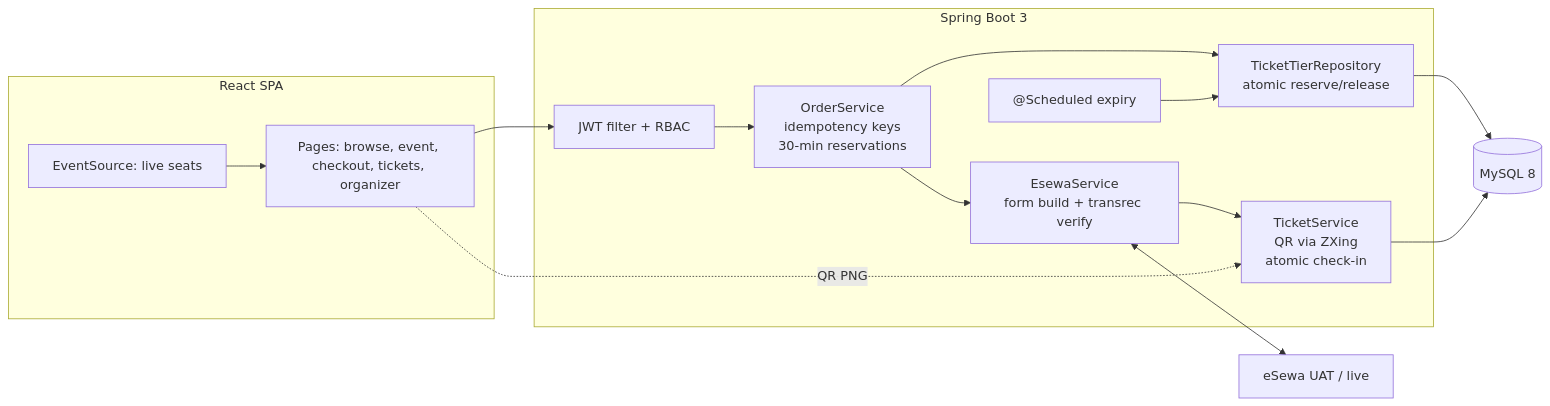
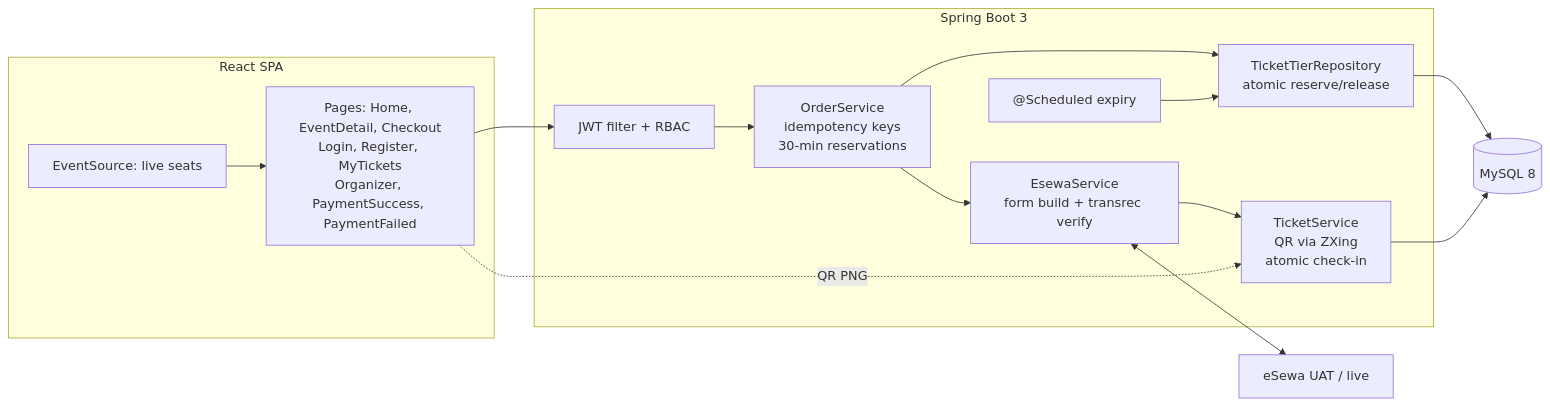
One commit to saurav73/TicketSewa changed the diagram in README.md. Above: the diagram before and after it, drawn with Mermaid.

Commit message:
README: architecture diagram lists all 9 frontend pages
The mermaid diagram named only 5 pages (browse, event, checkout,
tickets, organizer) while frontend/src/pages/ holds 9: Home,
EventDetail, Checkout, Login, Register, MyTickets, Organizer,
PaymentSuccess, PaymentFailed. List them all, matching the code map
below it.

````diff
--- a/README.md
+++ b/README.md
@@ -26,25 +26,25 @@
 ```mermaid
 flowchart LR
     subgraph Client [React SPA]
-        UI[Pages: browse, event, checkout, tickets, organizer]
+        UI[Pages: Home, EventDetail, Checkout<br/>Login, Register, MyTickets<br/>Organizer, PaymentSuccess, PaymentFailed]
         SSE[EventSource: live seats]
     end
     subgraph API [Spring Boot 3]
         SEC[JWT filter + RBAC]
         ORD[OrderService\nidempotency keys\n30-min reservations]
         INV[TicketTierRepository\natomic reserve/release]
         PAY[EsewaService\nform build + transrec verify]
         TIX[TicketService\nQR via ZXing\natomic check-in]
         SCHED["@Scheduled expiry"]
     end
     DB[(MySQL 8)]
     ES[eSewa UAT / live]
 
     UI --> SEC --> ORD
     ORD --> INV --> DB
     ORD --> PAY <--> ES
     PAY --> TIX --> DB
     SCHED --> INV
     SSE --> UI
     UI -.->|QR PNG| TIX
 ```
````
